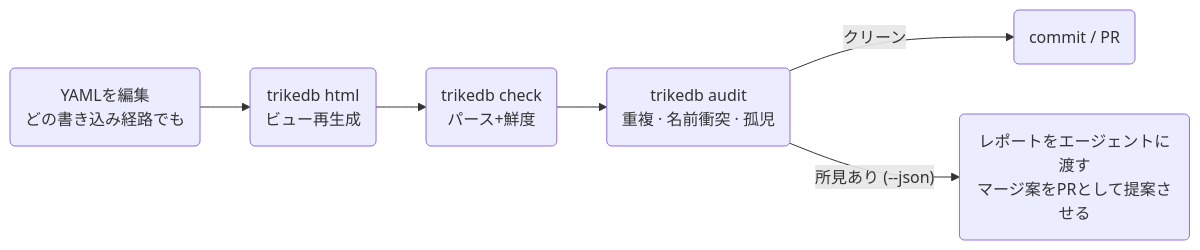
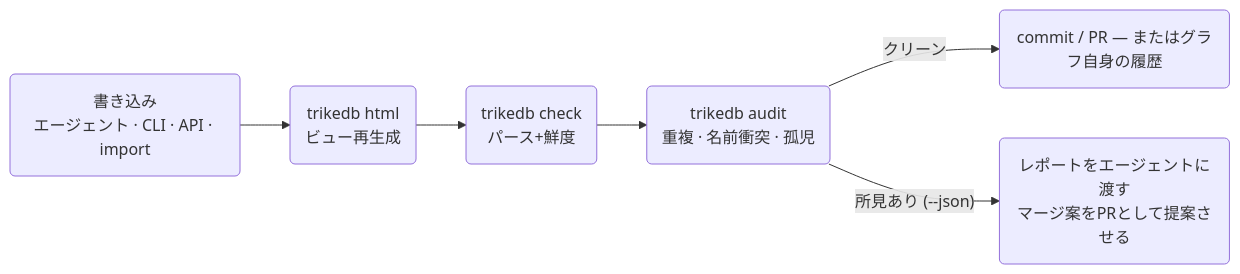
The second of 2 diagrams in docs/REFERENCE_jp.md (RyutoYoda/trikedb), drawn with Mermaid before and after one commit. The commit also changed other lines of this file and 9 other files, not shown here.

First line of the commit message:
Release: 0.21.0 — trikedb html がリモートグラフ全部で壊れていたのを修正（S3対応時から）。ついでに -o s3:// で公開できるように。「YAMLは手で書くのか」「HTMLはどこに出るのか」「グラフをどう更新していくのか」をドキュメント化

````diff
--- a/docs/REFERENCE_jp.md
+++ b/docs/REFERENCE_jp.md
@@ -502,8 +548,8 @@
 ```mermaid
 flowchart LR
-    E("YAMLを編集<br/>どの書き込み経路でも") --> G("trikedb html<br/>ビュー再生成")
+    E("書き込み<br/>エージェント · CLI · API · import") --> G("trikedb html<br/>ビュー再生成")
     G --> C("trikedb check<br/>パース+鮮度")
     C --> A("trikedb audit<br/>重複 · 名前衝突 · 孤児")
-    A -->|クリーン| PR("commit / PR")
+    A -->|クリーン| PR("commit / PR — またはグラフ自身の履歴")
     A -->|"所見あり (--json)"| LLM("レポートをエージェントに渡す<br/>マージ案をPRとして提案させる")
 ```
````
